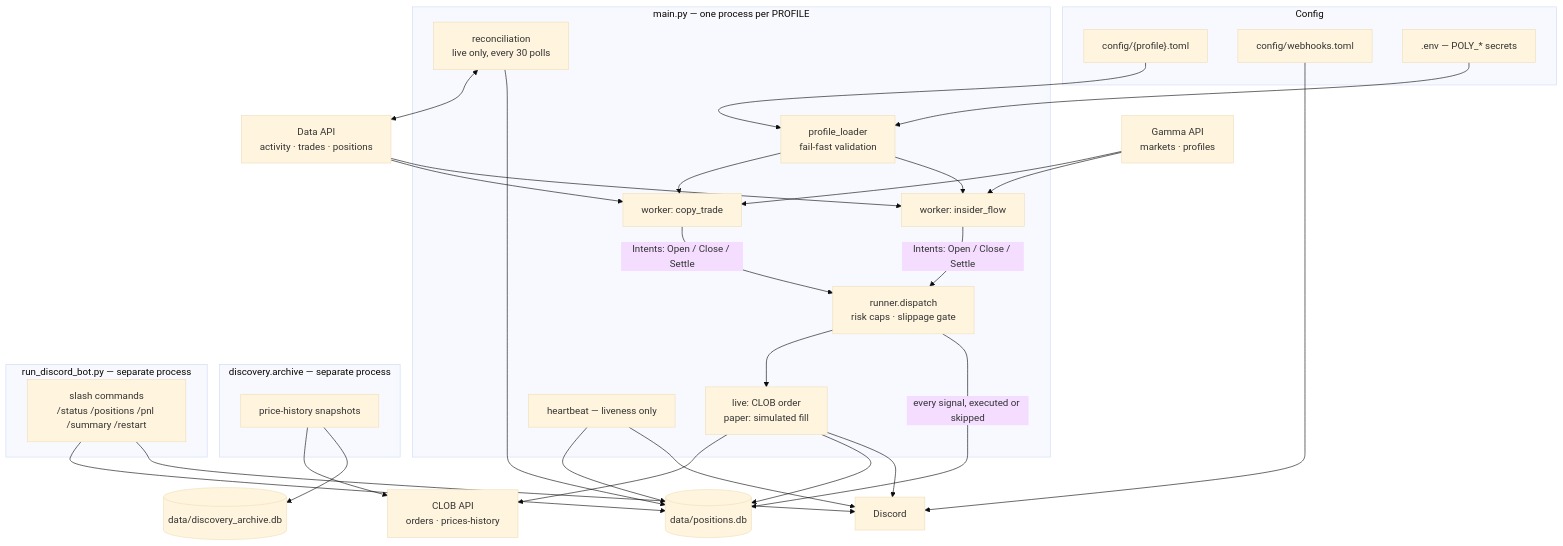
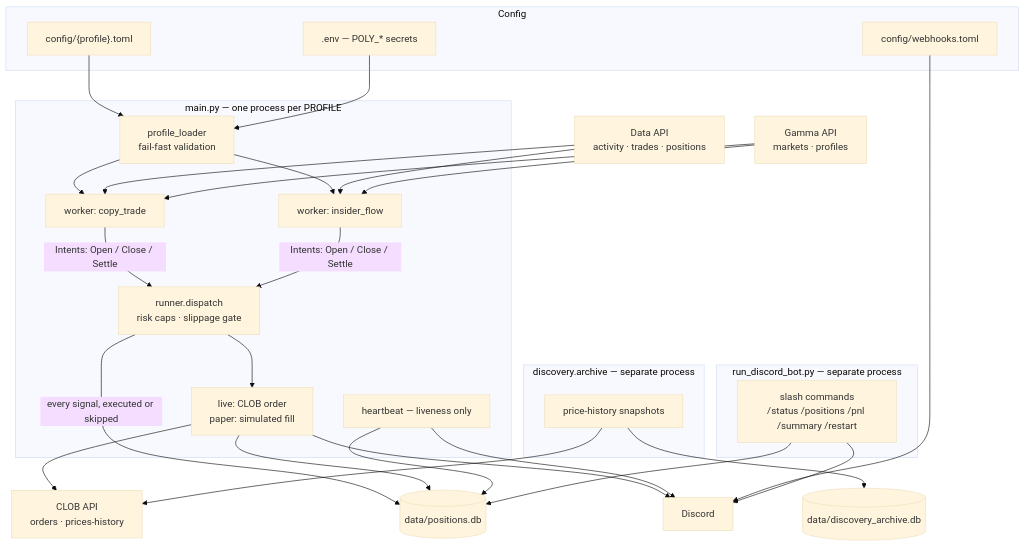
Before and after one commit to Rampex1/Polymarket: the diagram in README.md, drawn with Mermaid (base theme). The commit also changed 5 other files, not shown here.

````diff
--- a/README.md
+++ b/README.md
@@ -14,63 +14,60 @@
 ```mermaid
 flowchart TB
     subgraph cfg["Config"]
         TOML["config/{profile}.toml"]
         WH["config/webhooks.toml"]
         ENV[".env — POLY_* secrets"]
     end
 
     subgraph trader["main.py — one process per PROFILE"]
         Loader["profile_loader<br/>fail-fast validation"]
         WA["worker: copy_trade"]
         WB["worker: insider_flow"]
         Runner["runner.dispatch<br/>risk caps · slippage gate"]
         Exec["live: CLOB order<br/>paper: simulated fill"]
-        Recon["reconciliation<br/>live only, every 30 polls"]
         Sched["heartbeat — liveness only"]
     end
 
     subgraph archiver["discovery.archive — separate process"]
         Snap["price-history snapshots"]
     end
 
     subgraph dbot["run_discord_bot.py — separate process"]
         Slash["slash commands<br/>/status /positions /pnl /summary /restart"]
     end
 
     Data["Data API<br/>activity · trades · positions"]
     Gamma["Gamma API<br/>markets · profiles"]
     CLOB["CLOB API<br/>orders · prices-history"]
     PDB[("data/positions.db")]
     ADB[("data/discovery_archive.db")]
     Discord["Discord"]
 
     TOML --> Loader
     ENV --> Loader
     Loader --> WA
     Loader --> WB
 
     Data --> WA
     Data --> WB
     Gamma --> WA
     Gamma --> WB
 
     WA -- "Intents: Open / Close / Settle" --> Runner
     WB -- "Intents: Open / Close / Settle" --> Runner
     Runner --> Exec
     Runner -- "every signal, executed or skipped" --> PDB
     Exec --> CLOB
     Exec --> PDB
     Exec --> Discord
 
-    Recon <--> Data
-    Recon --> PDB
     Sched --> PDB
     Sched --> Discord
     WH --> Discord
 
     Snap --> CLOB
     Snap --> ADB
 
     Slash --> PDB
     Slash --> Discord
 ```
````
